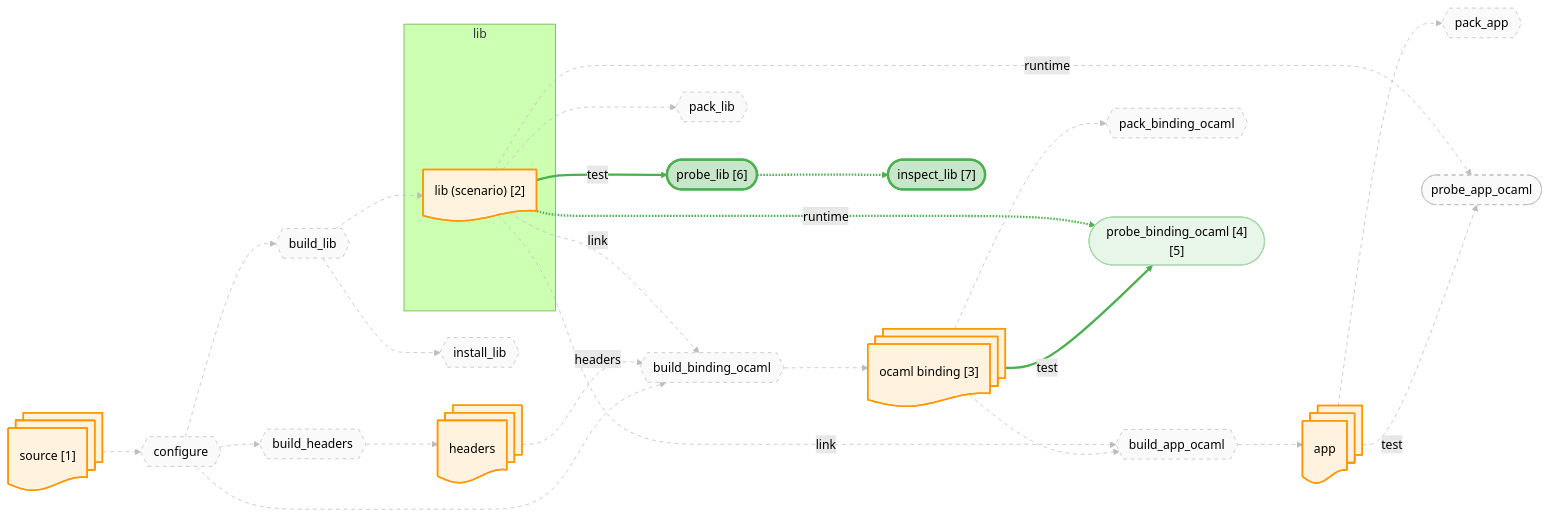
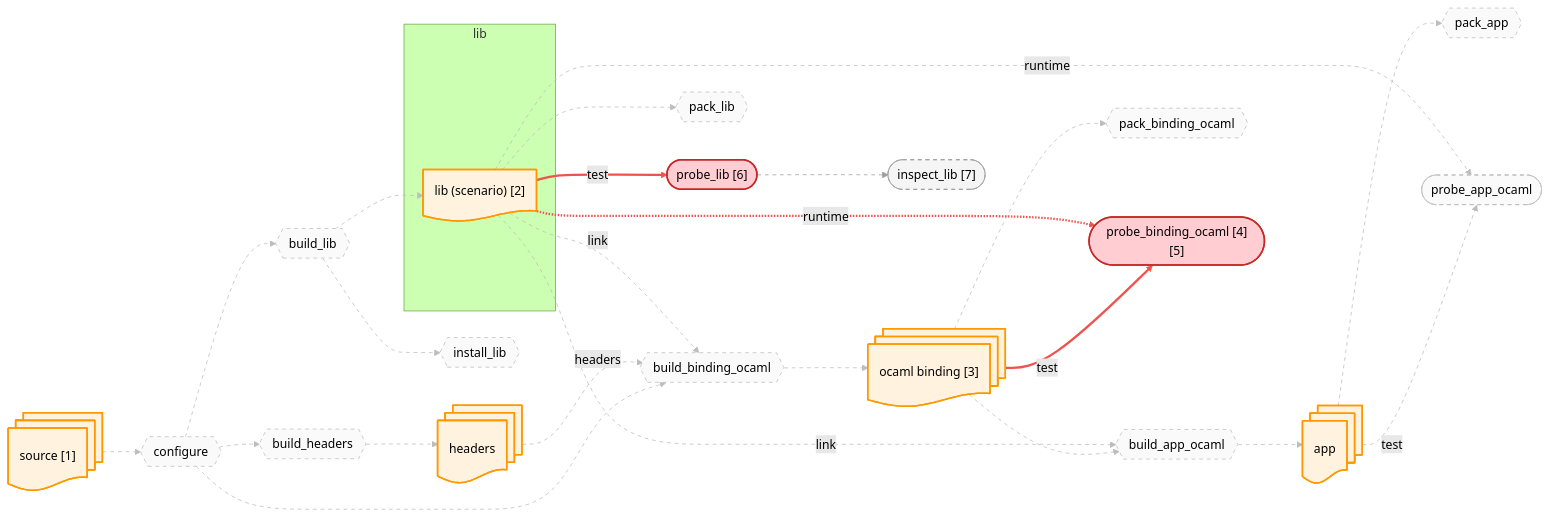
The diagram in docs/canary/projects/zstd/-run/diagrams/lib.mmd (JHU-PL-Lab/tola), drawn with Mermaid (forest theme) before and after one commit. The commit also changed 64 other files, not shown here.

```diff
--- a/docs/canary/projects/zstd/-run/diagrams/lib.mmd
+++ b/docs/canary/projects/zstd/-run/diagrams/lib.mmd
@@ -1,91 +1,91 @@
 %% view: lib
 graph LR
     source_node@{ shape: docs, label: "source [1]" }
     headers_node@{ shape: docs, label: "headers" }
     subgraph lib_sg ["lib"]
       lib_fetch_node@{ shape: doc, label: "lib (scenario) [2]" }
     end
     app_node@{ shape: docs, label: "app" }
     ocaml_binding_node@{ shape: docs, label: "ocaml binding [3]" }
 
     A_configure{{"configure"}}
     A_build_headers{{"build_headers"}}
     A_build_lib{{"build_lib"}}
     A_build_binding_ocaml{{"build_binding_ocaml"}}
     A_build_app_ocaml{{"build_app_ocaml"}}
     A_install_lib{{"install_lib"}}
     A_pack_binding_ocaml{{"pack_binding_ocaml"}}
     A_pack_lib{{"pack_lib"}}
     A_pack_app{{"pack_app"}}
     A_probe_binding_ocaml(["probe_binding_ocaml [4][5]"])
     A_probe_app_ocaml(["probe_app_ocaml"])
     A_probe_lib(["probe_lib [6]"])
     A_probe_lib_inspect(["inspect_lib [7]"])
 
     source_node --> A_configure
     A_configure --> A_build_headers
     A_build_headers --> headers_node
     A_configure --> A_build_lib
     A_build_lib --> lib_fetch_node
     A_configure --> A_build_binding_ocaml
     headers_node -.->|headers| A_build_binding_ocaml
     lib_fetch_node -.->|link| A_build_binding_ocaml
     A_build_binding_ocaml --> ocaml_binding_node
     ocaml_binding_node --> A_build_app_ocaml
     lib_fetch_node -.->|link| A_build_app_ocaml
     A_build_app_ocaml --> app_node
     A_build_lib --> A_install_lib
     ocaml_binding_node --> A_pack_binding_ocaml
     lib_fetch_node --> A_pack_lib
     app_node --> A_pack_app
     ocaml_binding_node -->|test| A_probe_binding_ocaml
     lib_fetch_node -.->|runtime| A_probe_binding_ocaml
     app_node -->|test| A_probe_app_ocaml
     lib_fetch_node -.->|runtime| A_probe_app_ocaml
     lib_fetch_node -->|test| A_probe_lib
     A_probe_lib -.-> A_probe_lib_inspect
 
     classDef artifact fill:#fff3e0,stroke:#ff9800,stroke-width:2px
     classDef action fill:#f3e5f5,stroke:#9c27b0,stroke-width:2px
     classDef st_done fill:#c8e6c9,stroke:#4caf50,stroke-width:3px
     classDef st_done_ctx fill:#e8f5e9,stroke:#a5d6a7,stroke-width:1.5px
     classDef st_expected_fail fill:#fff9c4,stroke:#f9a825,stroke-width:2px
     classDef st_failed fill:#ffcdd2,stroke:#c62828,stroke-width:2px
     classDef st_skipped fill:#f5f5f5,stroke:#9e9e9e,stroke-dasharray:5
     classDef st_nospec fill:#fafafa,stroke:#bdbdbd,stroke-dasharray:5
     class source_node,headers_node,lib_fetch_node,app_node,ocaml_binding_node artifact
     class A_configure st_nospec
     class A_build_headers st_nospec
     class A_build_lib st_nospec
     class A_build_binding_ocaml st_nospec
     class A_build_app_ocaml st_nospec
     class A_install_lib st_nospec
     class A_pack_binding_ocaml st_nospec
     class A_pack_lib st_nospec
     class A_pack_app st_nospec
-    class A_probe_binding_ocaml st_done_ctx
+    class A_probe_binding_ocaml st_failed
     class A_probe_app_ocaml st_nospec
-    class A_probe_lib st_done
-    class A_probe_lib_inspect st_done
+    class A_probe_lib st_failed
+    class A_probe_lib_inspect st_skipped
     linkStyle 0 stroke:#bdbdbd,stroke-width:1px,stroke-dasharray:5
     linkStyle 1 stroke:#bdbdbd,stroke-width:1px,stroke-dasharray:5
     linkStyle 2 stroke:#bdbdbd,stroke-width:1px,stroke-dasharray:5
     linkStyle 3 stroke:#bdbdbd,stroke-width:1px,stroke-dasharray:5
     linkStyle 4 stroke:#bdbdbd,stroke-width:1px,stroke-dasharray:5
     linkStyle 5 stroke:#bdbdbd,stroke-width:1px,stroke-dasharray:5
     linkStyle 6 stroke:#bdbdbd,stroke-width:1px,stroke-dasharray:5
     linkStyle 7 stroke:#bdbdbd,stroke-width:1px,stroke-dasharray:5
     linkStyle 8 stroke:#bdbdbd,stroke-width:1px,stroke-dasharray:5
     linkStyle 9 stroke:#bdbdbd,stroke-width:1px,stroke-dasharray:5
     linkStyle 10 stroke:#bdbdbd,stroke-width:1px,stroke-dasharray:5
     linkStyle 11 stroke:#bdbdbd,stroke-width:1px,stroke-dasharray:5
     linkStyle 12 stroke:#bdbdbd,stroke-width:1px,stroke-dasharray:5
     linkStyle 13 stroke:#bdbdbd,stroke-width:1px,stroke-dasharray:5
     linkStyle 14 stroke:#bdbdbd,stroke-width:1px,stroke-dasharray:5
     linkStyle 15 stroke:#bdbdbd,stroke-width:1px,stroke-dasharray:5
-    linkStyle 16 stroke:#4caf50,stroke-width:3px
-    linkStyle 17 stroke:#4caf50,stroke-width:3px
+    linkStyle 16 stroke:#ef5350,stroke-width:3px
+    linkStyle 17 stroke:#ef5350,stroke-width:3px
     linkStyle 18 stroke:#bdbdbd,stroke-width:1px,stroke-dasharray:5
     linkStyle 19 stroke:#bdbdbd,stroke-width:1px,stroke-dasharray:5
-    linkStyle 20 stroke:#4caf50,stroke-width:3px
-    linkStyle 21 stroke:#4caf50,stroke-width:3px
+    linkStyle 20 stroke:#ef5350,stroke-width:3px
+    linkStyle 21 stroke:#9e9e9e,stroke-width:1px,stroke-dasharray:5
```
